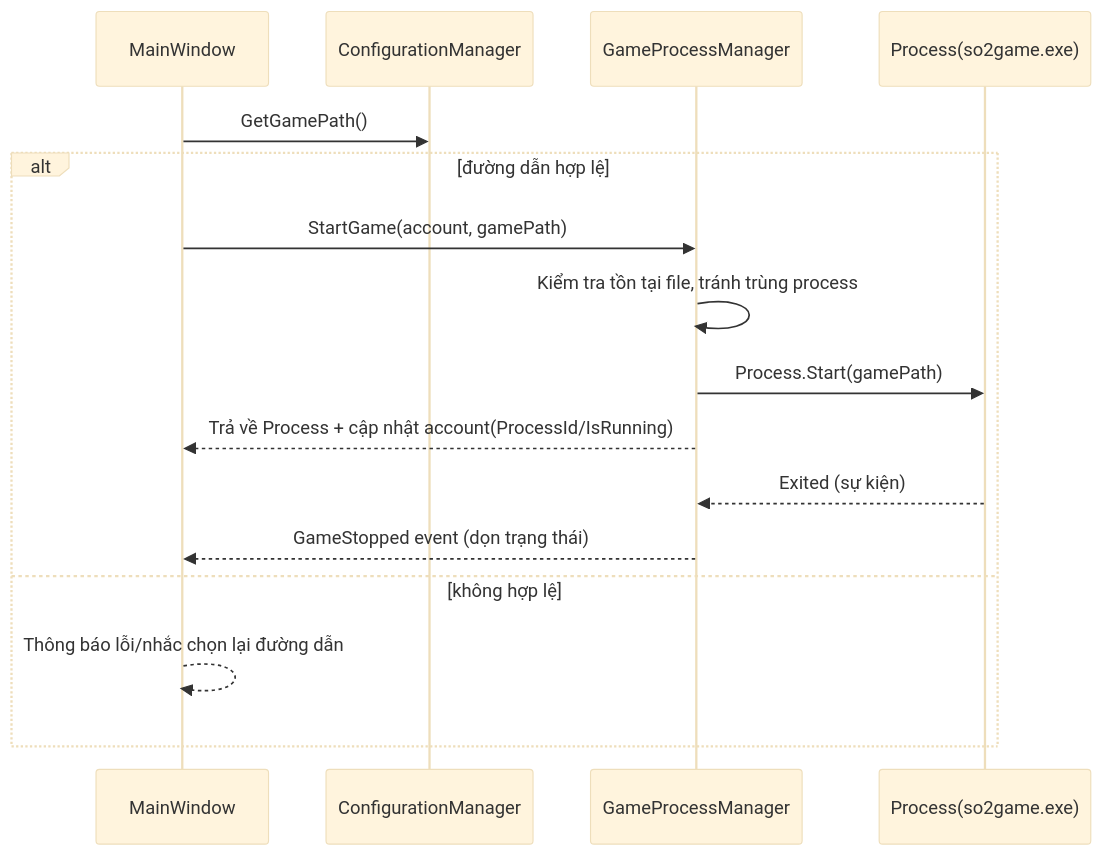
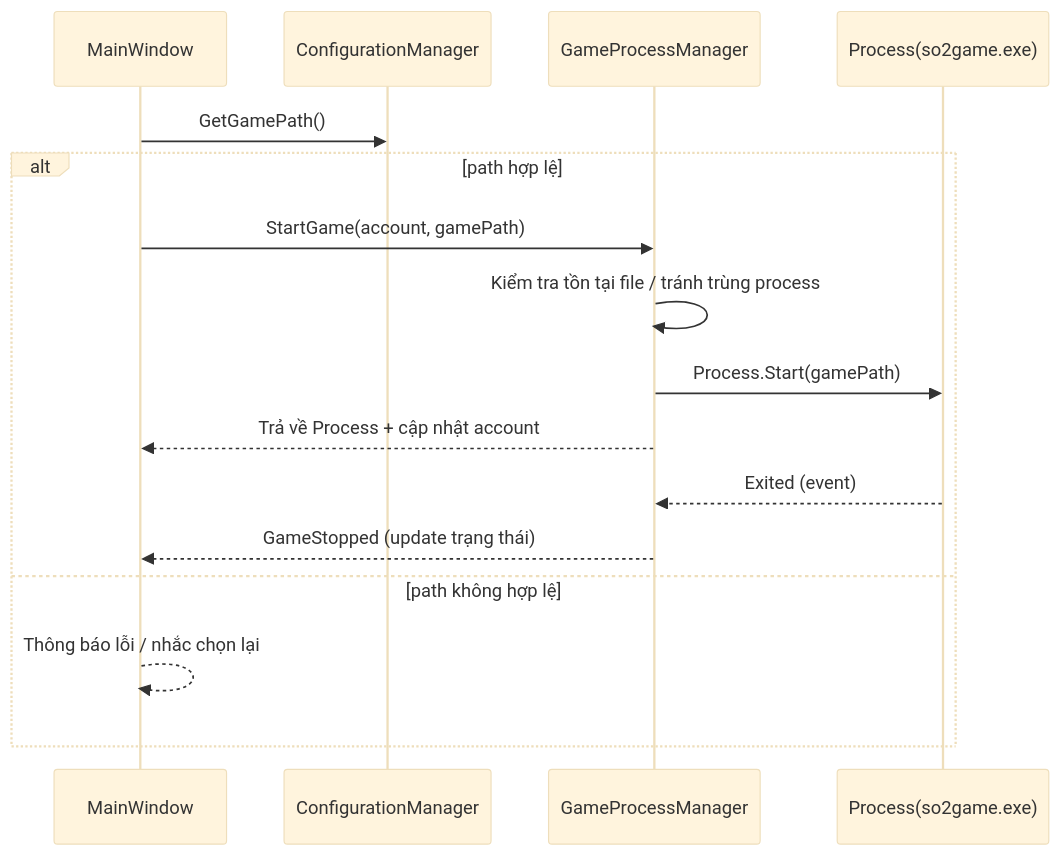
One commit to voidwalker2312/AutoJx2 changed the third of 5 diagrams in AutoJx2/docs/Architecture.md. Above: the diagram before and after it, drawn with Mermaid (base theme). The commit also changed other lines of this file, not shown here.

````diff
--- a/AutoJx2/docs/Architecture.md
+++ b/AutoJx2/docs/Architecture.md
@@ -66,19 +69,19 @@
 ```mermaid
 sequenceDiagram
   participant UI as MainWindow
   participant CFG as ConfigurationManager
   participant GPM as GameProcessManager
   participant P as Process(so2game.exe)
 
   UI->>CFG: GetGamePath()
-  alt đường dẫn hợp lệ
+  alt path hợp lệ
     UI->>GPM: StartGame(account, gamePath)
-    GPM->>GPM: Kiểm tra tồn tại file, tránh trùng process
+    GPM->>GPM: Kiểm tra tồn tại file / tránh trùng process
     GPM->>P: Process.Start(gamePath)
-    GPM-->>UI: Trả về Process + cập nhật account(ProcessId/IsRunning)
-    P-->>GPM: Exited (sự kiện)
-    GPM-->>UI: GameStopped event (dọn trạng thái)
-  else không hợp lệ
-    UI-->>UI: Thông báo lỗi/nhắc chọn lại đường dẫn
+    GPM-->>UI: Trả về Process + cập nhật account
+    P-->>GPM: Exited (event)
+    GPM-->>UI: GameStopped (update trạng thái)
+  else path không hợp lệ
+    UI-->>UI: Thông báo lỗi / nhắc chọn lại
   end
 ```
````
